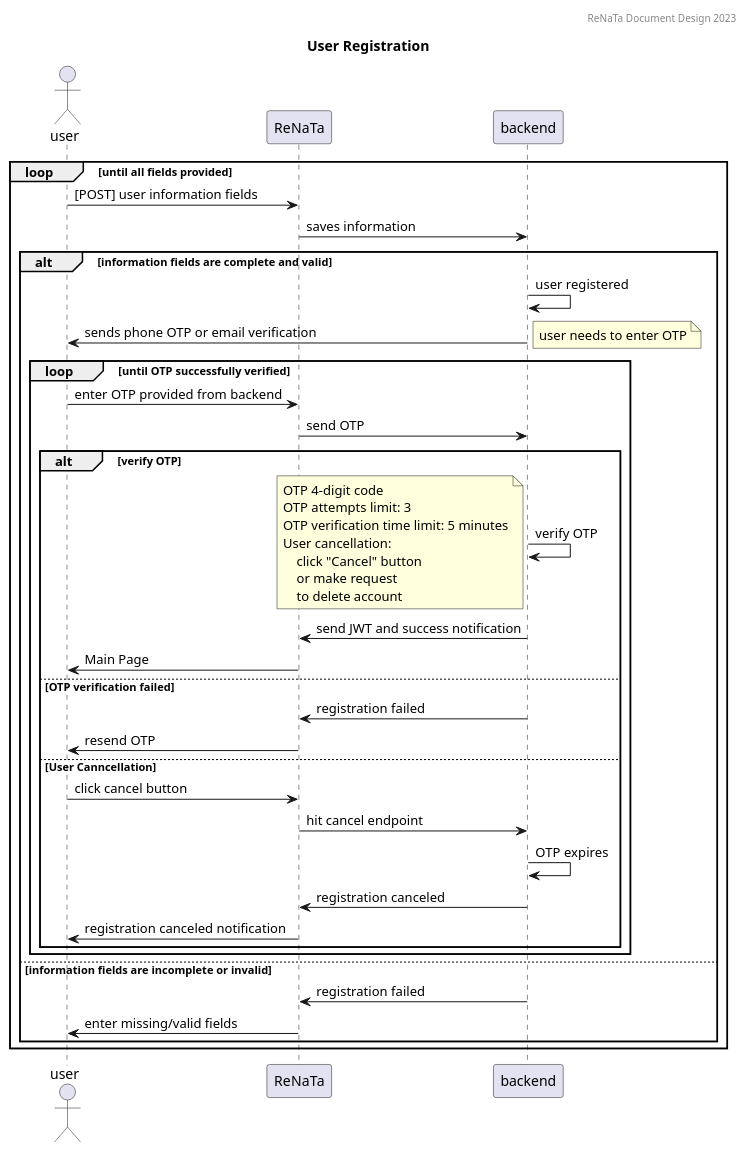
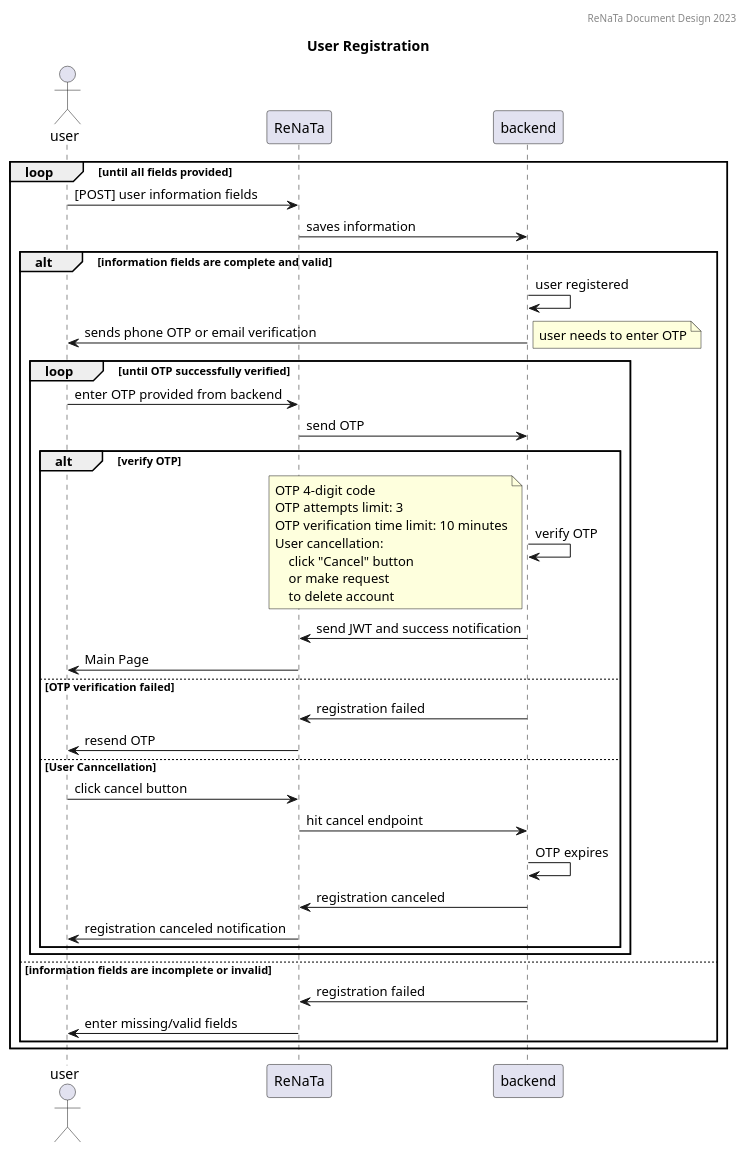
Before and after one commit to RENATA-C23-PS218/renata-project-design: the diagram in uml-sequence/auth/register.puml, drawn with PlantUML. The commit also changed 1 other file, not shown here.

Commit message:
update the OTP expiration to 10 minutes

```diff
--- a/uml-sequence/auth/register.puml
+++ b/uml-sequence/auth/register.puml
@@ -1,61 +1,61 @@
 @startuml
 
 header ReNaTa Document Design 2023
 title User Registration
 
 actor user
 participant ReNaTa
 participant backend
 
 note left: Information fields: \n Name,\n Email \n Password, \n Phone Number
 note right: OTP format: 6-digit code
 
 loop until all fields provided
     user->ReNaTa: [POST] user information fields
     backend<-ReNaTa: saves information
 
     alt information fields are complete and valid
         backend->backend: user registered
         backend->user: sends phone OTP or email verification
         note right: user needs to enter OTP
         
         loop until OTP successfully verified
             user->ReNaTa: enter OTP provided from backend 
             backend<-ReNaTa: send OTP
             alt verify OTP
                 backend->backend: verify OTP 
                 note left
                     OTP 4-digit code
                     OTP attempts limit: 3
-                    OTP verification time limit: 5 minutes
+                    OTP verification time limit: 10 minutes
                     User cancellation: 
                         click "Cancel" button 
                         or make request 
                         to delete account
                 end note
                 
                 backend->ReNaTa: send JWT and success notification
                 user<-ReNaTa: Main Page
             else OTP verification failed 
                 note right: Error handling: return 400 Bad Request status code
 
                 backend->ReNaTa: registration failed
                 user<-ReNaTa: resend OTP
             else User Canncellation
                 user->ReNaTa: click cancel button 
                 backend<-ReNaTa: hit cancel endpoint 
                 backend->backend: OTP expires
                 backend->ReNaTa: registration canceled
                 user<-ReNaTa: registration canceled notification 
             end
         end
     else information fields are incomplete or invalid
         note right: Error handling:\n return 400 Bad Request status code
         
         backend->ReNaTa: registration failed
         user<-ReNaTa: enter missing/valid fields
     end
 end
 
 
 @enduml
```
